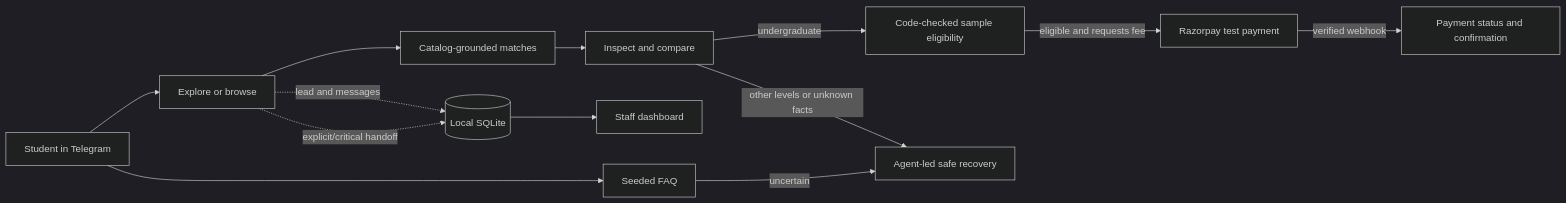
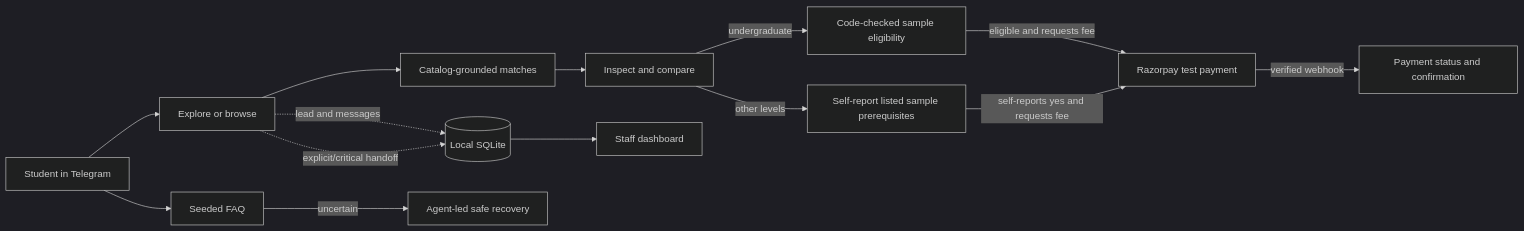
Before and after one commit to Shan091/admitflow: the first of 2 diagrams in README.md, drawn with Mermaid (dark theme). The commit also changed other lines of this file and 14 other files, not shown here.

Commit message:
feat: let all sample courses reach fee step

````diff
--- a/README.md
+++ b/README.md
@@ -39,15 +39,16 @@
 ```mermaid
 flowchart LR
     S[Student in Telegram] --> D[Explore or browse]
     D --> R[Catalog-grounded matches]
     R --> I[Inspect and compare]
     I -->|undergraduate| E[Code-checked sample eligibility]
-    I -->|other levels or unknown facts| A[Agent-led safe recovery]
+    I -->|other levels| E2[Self-report listed sample prerequisites]
     E -->|eligible and requests fee| P[Razorpay test payment]
+    E2 -->|self-reports yes and requests fee| P
     P -->|verified webhook| C[Payment status and confirmation]
     S --> F[Seeded FAQ]
     F -->|uncertain| A[Agent-led safe recovery]
     D -. lead and messages .-> DB[(Local SQLite)]
     D -. explicit/critical handoff .-> DB
     DB --> W[Staff dashboard]
 ```
````
